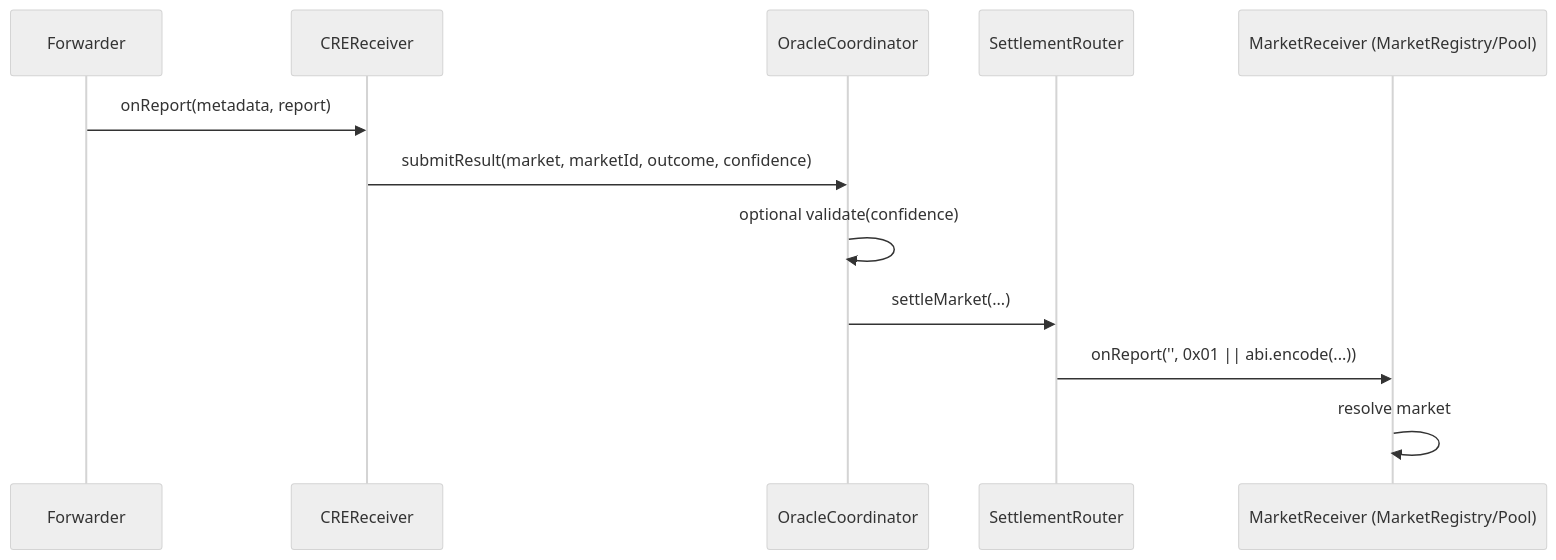
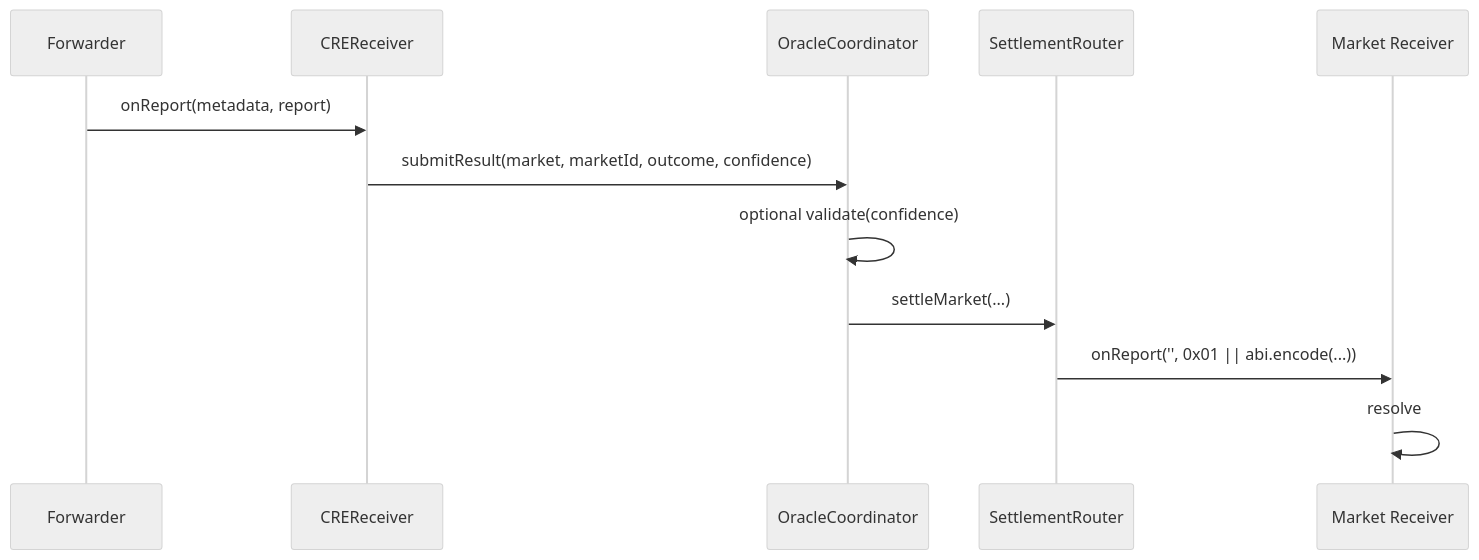
One commit to mAsyamJ/ShadowPool changed the second of 4 diagrams in .docs/CurrentSmartContract.md. Above: the diagram before and after it, drawn with Mermaid (neutral theme). The commit also changed other lines of this file and 7 other files, not shown here.

````diff
--- a/.docs/CurrentSmartContract.md
+++ b/.docs/CurrentSmartContract.md
@@ -278,15 +239,15 @@
 ```mermaid
 sequenceDiagram
   participant F as Forwarder
   participant CR as CREReceiver
   participant OC as OracleCoordinator
   participant SR as SettlementRouter
-  participant M as MarketReceiver (MarketRegistry/Pool)
+  participant M as Market Receiver
 
   F->>CR: onReport(metadata, report)
   CR->>OC: submitResult(market, marketId, outcome, confidence)
   OC->>OC: optional validate(confidence)
   OC->>SR: settleMarket(...)
   SR->>M: onReport('', 0x01 || abi.encode(...))
-  M->>M: resolve market
+  M->>M: resolve
 ```
````
